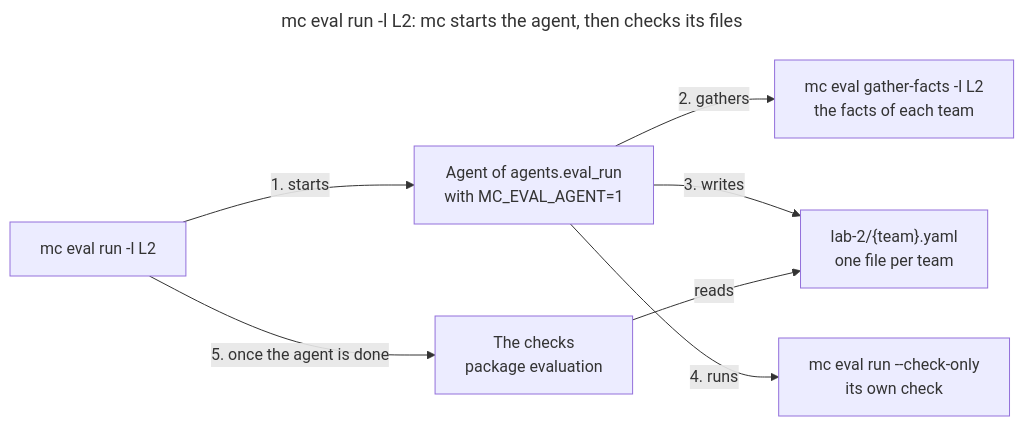
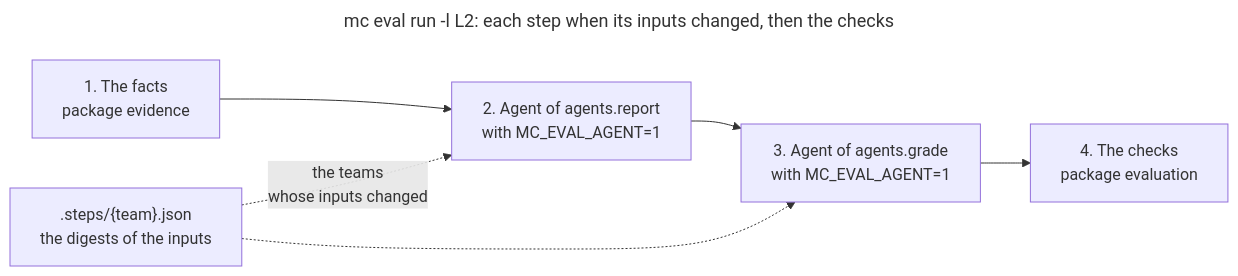
One commit to mincong-classroom/mc changed the diagram in cmd/README.md. Above: the diagram before and after it, drawn with Mermaid. The commit also changed other lines of this file and 14 other files, not shown here.

Commit message:
Run the facts, the report and the grades in mc eval run, each step when its inputs changed (#40)

````diff
--- a/cmd/README.md
+++ b/cmd/README.md
@@ -48,21 +50,17 @@
 ```mermaid
 ---
-title: "mc eval run -l L2: mc starts the agent, then checks its files"
+title: "mc eval run -l L2: each step when its inputs changed, then the checks"
 config:
   flowchart:
     wrappingWidth: 200
 ---
 flowchart LR
-  run["mc eval run -l L2"]
-  agent["Agent of agents.eval_run<br>with MC_EVAL_AGENT=1"]
-  evidence["mc eval gather-facts -l L2<br>the facts of each team"]
-  files["lab-2/{team}.yaml<br>one file per team"]
-  checkonly["mc eval run --check-only<br>its own check"]
-  check["The checks<br>package evaluation"]
-  run -- "1. starts" --> agent
-  agent -- "2. gathers" --> evidence
-  agent -- "3. writes" --> files
-  agent -- "4. runs" --> checkonly
-  run -- "5. once the agent is done" --> check
-  check -- "reads" --> files
+  facts["1. The facts<br>package evidence"]
+  report["2. Agent of agents.report<br>with MC_EVAL_AGENT=1"]
+  grade["3. Agent of agents.grade<br>with MC_EVAL_AGENT=1"]
+  check["4. The checks<br>package evaluation"]
+  record[".steps/{team}.json<br>the digests of the inputs"]
+  facts --> report --> grade --> check
+  record -. "the teams<br>whose inputs changed" .-> report
+  record -.-> grade
 ```
````
